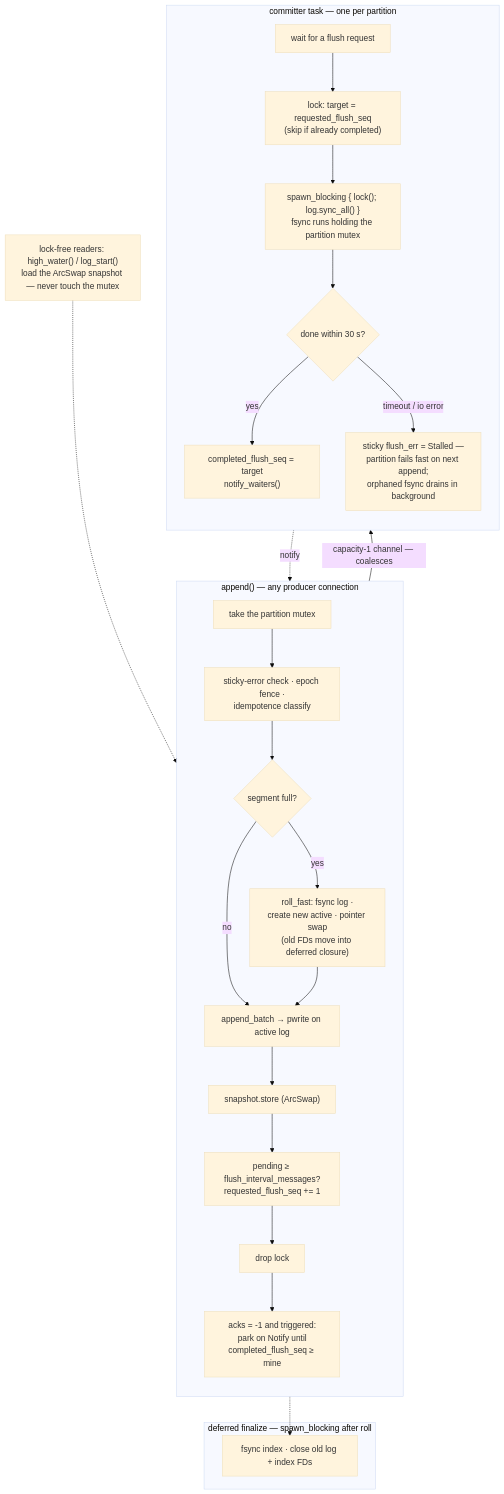
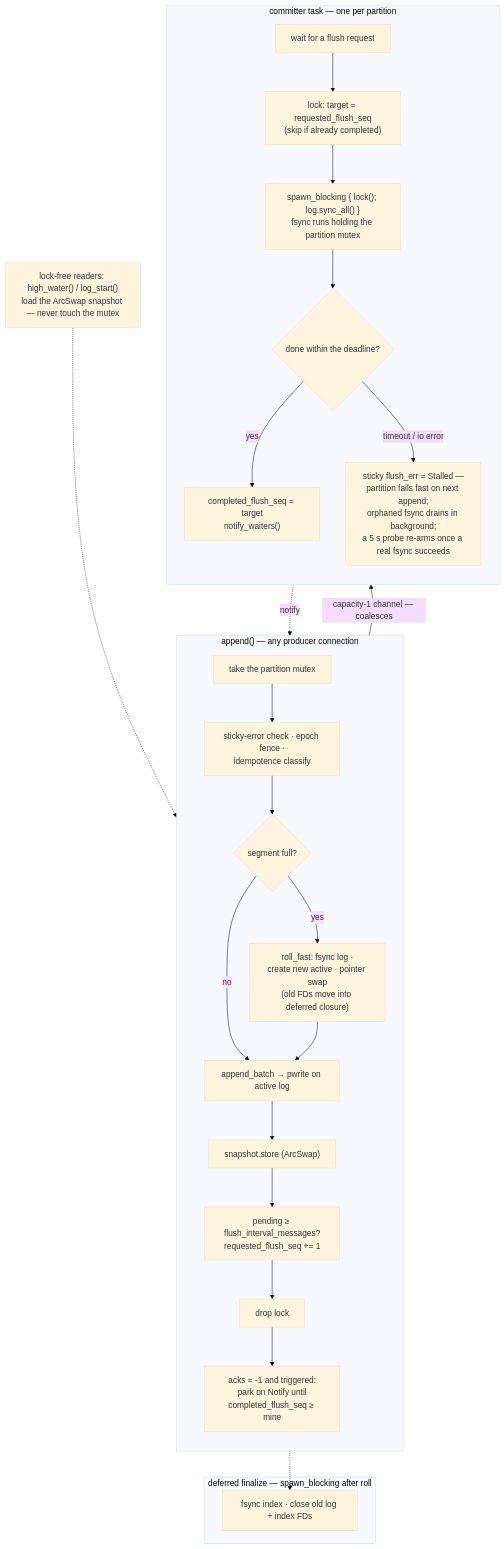
One commit to kaas-rs/kaas-broker changed the third of 3 diagrams in docs/src/architecture/storage-hot-path.md. Above: the diagram before and after it, drawn with Mermaid (base theme). The commit also changed other lines of this file and 40 other files, not shown here.

````diff
--- a/docs/src/architecture/storage-hot-path.md
+++ b/docs/src/architecture/storage-hot-path.md
@@ -97,33 +102,33 @@
 ```mermaid
 flowchart TB
     subgraph appender["append() — any producer connection"]
         direction TB
         lock["take the partition mutex"] --> classify["sticky-error check · epoch fence ·<br/>idempotence classify"]
         classify --> roll{"segment full?"}
         roll -- yes --> rollfast["roll_fast: fsync log ·<br/>create new active · pointer swap<br/>(old FDs move into deferred closure)"]
         roll -- no --> write
         rollfast --> write["append_batch → pwrite on active log"]
         write --> snap["snapshot.store (ArcSwap)"]
         snap --> trigger["pending ≥ flush_interval_messages?<br/>requested_flush_seq += 1"]
         trigger --> unlock["drop lock"]
         unlock --> wait["acks = -1 and triggered:<br/>park on Notify until<br/>completed_flush_seq ≥ mine"]
     end
 
     subgraph committer["committer task — one per partition"]
         direction TB
         recv["wait for a flush request"] --> target["lock: target = requested_flush_seq<br/>(skip if already completed)"]
         target --> fsync["spawn_blocking { lock(); log.sync_all() }<br/>fsync runs holding the partition mutex"]
-        fsync --> watchdog{"done within 30 s?"}
+        fsync --> watchdog{"done within the deadline?"}
         watchdog -- yes --> ok["completed_flush_seq = target<br/>notify_waiters()"]
-        watchdog -- "timeout / io error" --> dead["sticky flush_err = Stalled —<br/>partition fails fast on next append;<br/>orphaned fsync drains in background"]
+        watchdog -- "timeout / io error" --> dead["sticky flush_err = Stalled —<br/>partition fails fast on next append;<br/>orphaned fsync drains in background;<br/>a 5 s probe re-arms once a real fsync succeeds"]
     end
 
     subgraph deferred["deferred finalize — spawn_blocking after roll"]
         fin["fsync index · close old log + index FDs"]
     end
 
     trigger -- "capacity-1 channel — coalesces" --> recv
     ok -. "notify" .-> wait
     rollfast -.-> fin
     readers["lock-free readers: high_water() / log_start()<br/>load the ArcSwap snapshot — never touch the mutex"] -.-> snap
 ```
````
